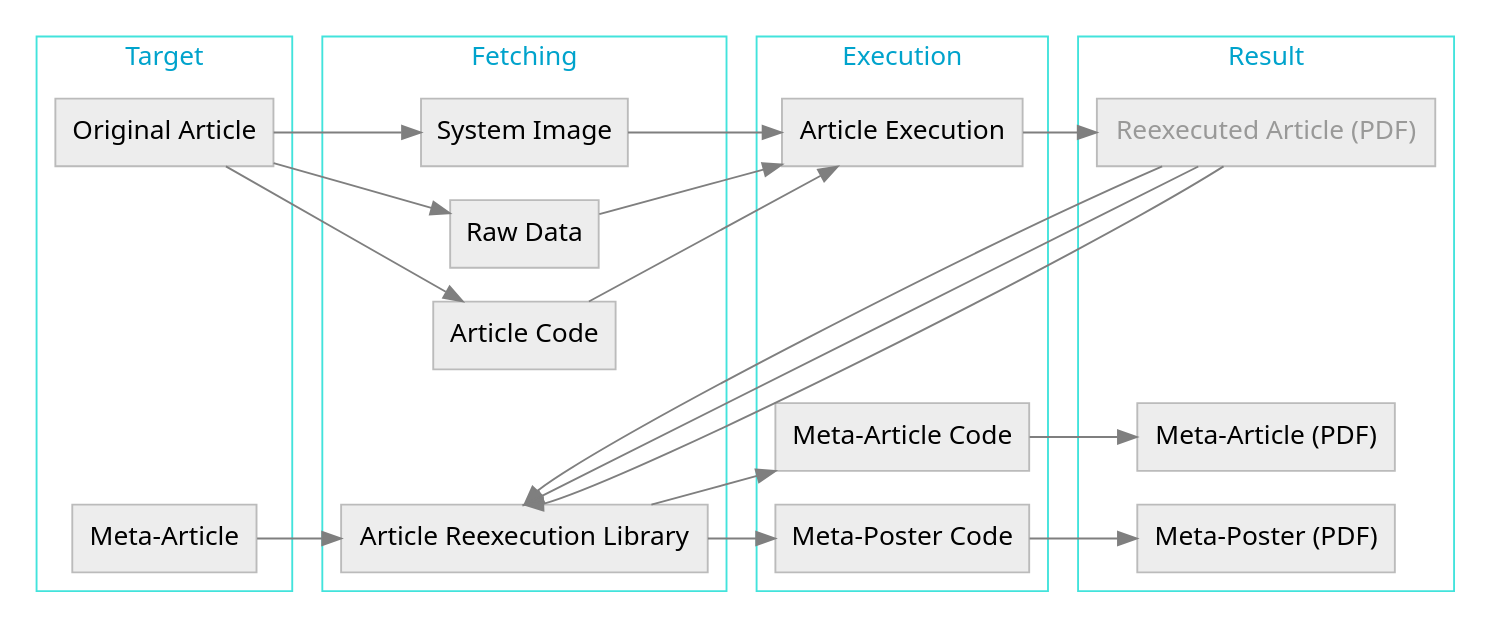
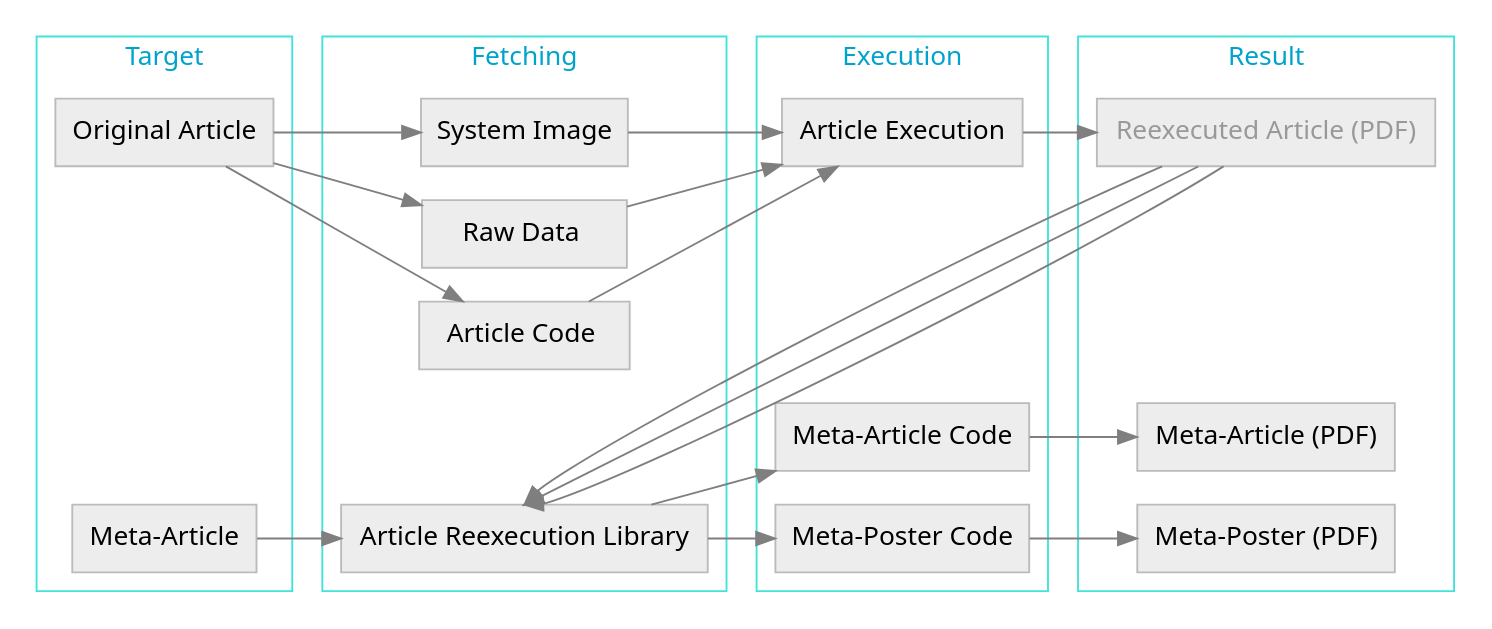
The diagram in publishing/data/workflow.dot (con/opfvta-reexecution), drawn with Graphviz before and after one commit. The commit also changed 5 other files, not shown here.

Commit message:
Added more figure captions

```diff
--- a/publishing/data/workflow.dot
+++ b/publishing/data/workflow.dot
@@ -1,86 +1,86 @@
 digraph graphname {
     size="14,8";
     graph [fontname = "sans", margin=0, splines=line];
     rankdir="LR";
     node [fontname = "sans", style=filled];
     edge [fontname = "sans", color=gray50];
     subgraph cluster0 {
         margin=10;
         label = "Target";
         fontcolor = "#00a3cc";
         color = "#42e3dc";
 
         oa[label="Original Article", shape=box, color="#BBBBBB", fillcolor=grey93];
         blank00[style=invis];
         blank01[style=invis];
         blank02[style=invis];
         ma[label="Meta-Article", shape=box, color="#BBBBBB", fillcolor=grey93];
         }
         //{rank=same; opf_; Con}
 
     oa -> si;
     blank00 -> rd [style=invis];
     blank01 -> ac [style=invis];
     blank02 -> blank10 [style=invis];
     oa -> rd [constraint=false];
     oa -> ac [constraint=false];
     ma -> ras;
 
     subgraph cluster1 {
         margin=10;
         label = "Fetching";
         fontcolor = "#00a3cc";
         color = "#42e3dc";
 
         si[label="System Image", shape=box, color="#BBBBBB", fillcolor=grey93];
-        rd[label="Raw Data", shape=box, color="#BBBBBB", fillcolor=grey93];
-        ac[label="Article Code", shape=box, color="#BBBBBB", fillcolor=grey93];
+        rd[label="    Raw Data    ", shape=box, color="#BBBBBB", fillcolor=grey93];
+        ac[label="  Article Code  ", shape=box, color="#BBBBBB", fillcolor=grey93];
         blank10[style=invis];
         ras[label="Article Reexecution Library", shape=box, color="#BBBBBB", fillcolor=grey93];
         }
 
     si -> ae [weight=9];
     rd -> blank21 [style=invis];
     ac -> mac [style=invis];
     ras -> mpc;
     ac -> blank22[style=invis];
     rd -> ae [constraint=false];
     ac -> ae [constraint=false];
     ras -> mac [constraint=false];
 
     subgraph cluster2 {
         margin=10;
         label = "Execution";
         fontcolor = "#00a3cc";
         color = "#42e3dc";
 
         ae[label="Article Execution", shape=box, color="#BBBBBB", fillcolor=grey93];
         blank21[style=invis];
         blank22[style=invis];
         mac[label="Meta-Article Code", shape=box, color="#BBBBBB", fillcolor=grey93];
         mpc[label="Meta-Poster Code", shape=box, color="#BBBBBB", fillcolor=grey93];
         }
 
     ae -> ra;
     blank21 -> blank30 [style=invis];
     blank22 -> blank31 [style=invis];
     mac -> map [constraint=false];
     mpc -> mpp;
 
     subgraph cluster3 {
         margin=10;
         label = "Result";
         fontcolor = "#00a3cc";
         color = "#42e3dc";
 
         ra[label="Reexecuted Article (PDF)", shape=box, color="#BBBBBB", fillcolor=grey93, fontcolor="#999998"];
         blank30[style=invis];
         blank31[style=invis];
         map[label="Meta-Article (PDF)", shape=box, color="#BBBBBB", fillcolor=grey93];
         mpp[label="Meta-Poster (PDF)", shape=box, color="#BBBBBB", fillcolor=grey93];
         }
     ra -> ras:n [constraint=false];
     ra -> ras:n [constraint=false];
     ra -> ras:n [constraint=false];
 
 }
```
